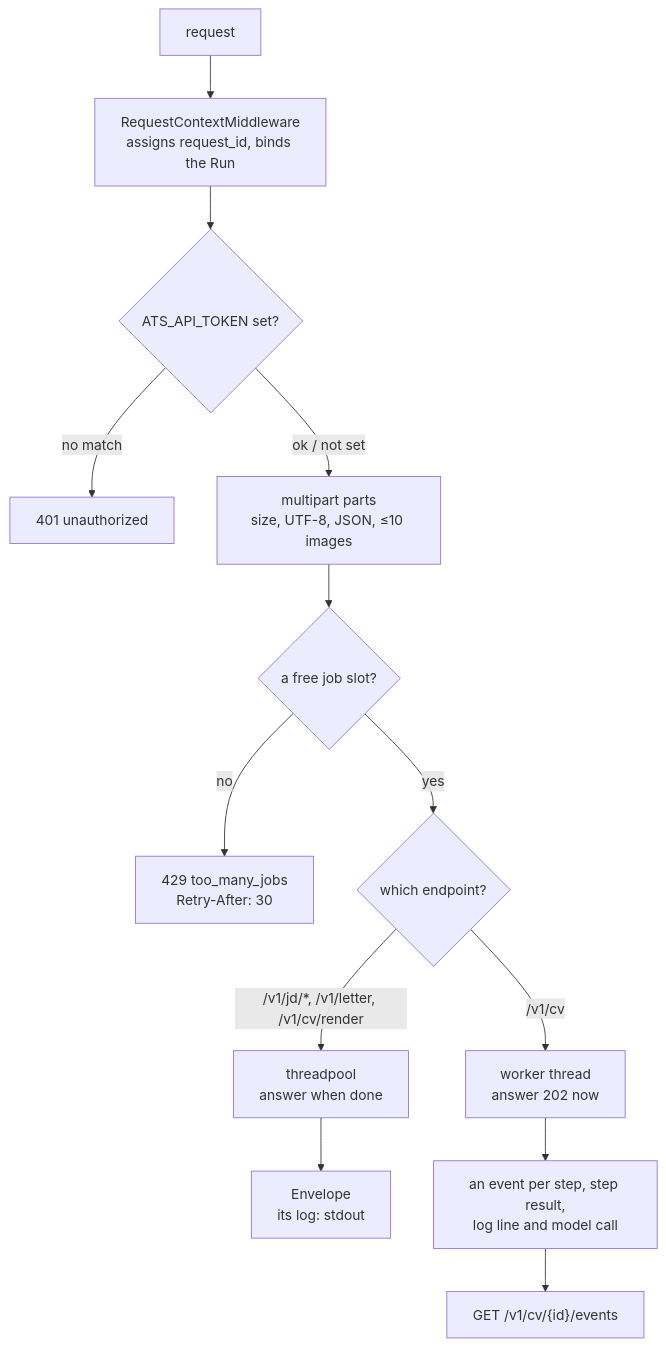
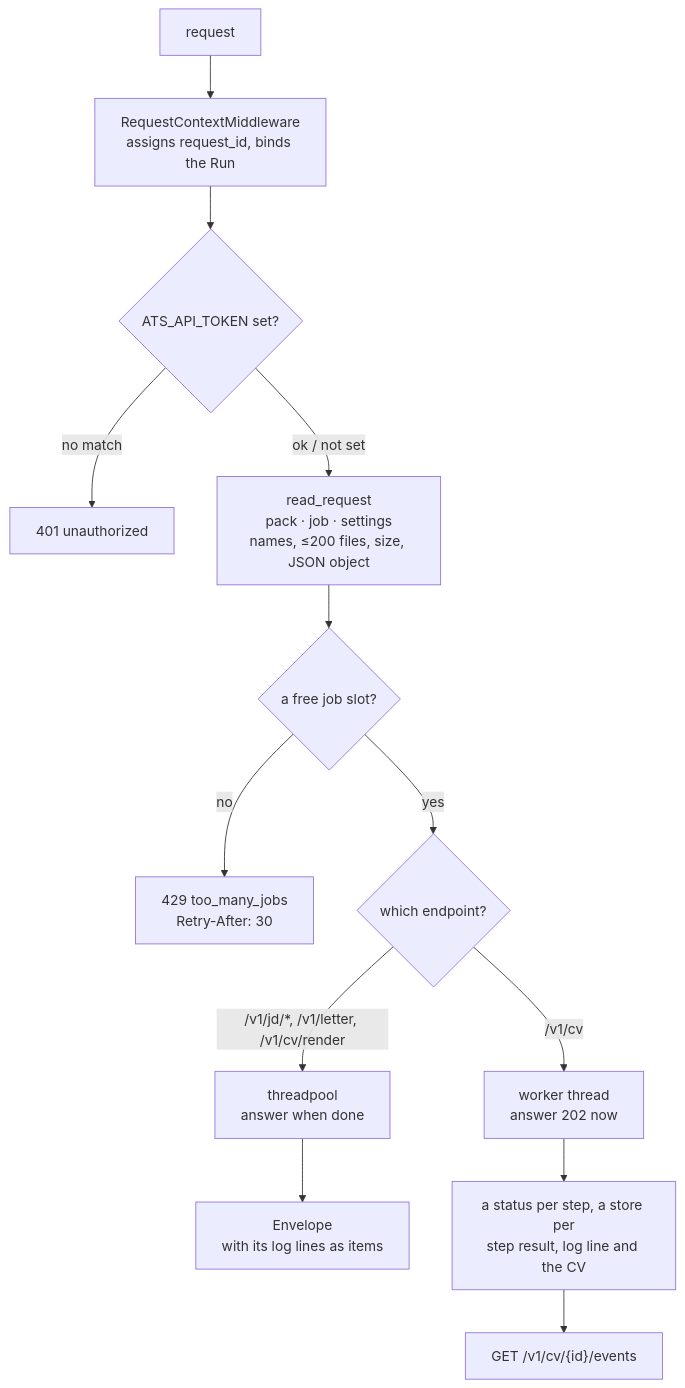
Before and after one commit to gcontini/ats-strike: the second of 2 diagrams in doc/architecture.md, drawn with Mermaid. The commit also changed other lines of this file and 157 other files, not shown here.

````diff
--- a/doc/architecture.md
+++ b/doc/architecture.md
@@ -80,15 +90,15 @@
 ```mermaid
 flowchart TB
     REQ["request"] --> MW["RequestContextMiddleware<br/>assigns request_id, binds the Run"]
     MW --> AUTH{"ATS_API_TOKEN set?"}
     AUTH -->|"no match"| E401["401 unauthorized"]
-    AUTH -->|"ok / not set"| PARTS["multipart parts<br/>size, UTF-8, JSON, ≤10 images"]
+    AUTH -->|"ok / not set"| PARTS["read_request<br/>pack · job · settings<br/>names, ≤200 files, size, JSON object"]
     PARTS --> SLOT{"a free job slot?"}
     SLOT -->|"no"| E429["429 too_many_jobs<br/>Retry-After: 30"]
     SLOT -->|"yes"| KIND{"which endpoint?"}
     KIND -->|"/v1/jd/*, /v1/letter, /v1/cv/render"| POOL["threadpool<br/>answer when done"]
     KIND -->|"/v1/cv"| THREAD["worker thread<br/>answer 202 now"]
-    POOL --> ENV["Envelope<br/>its log: stdout"]
-    THREAD --> EVENTS["an event per step, step result,<br/>log line and model call"]
+    POOL --> ENV["Envelope<br/>with its log lines as items"]
+    THREAD --> EVENTS["a status per step, a store per<br/>step result, log line and the CV"]
     EVENTS --> STREAM["GET /v1/cv/{id}/events"]
 ```
````
